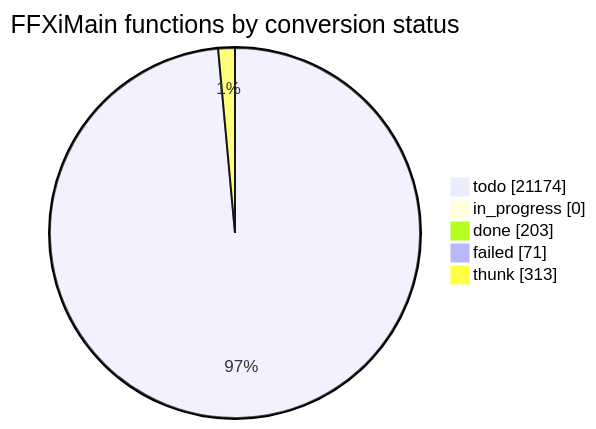
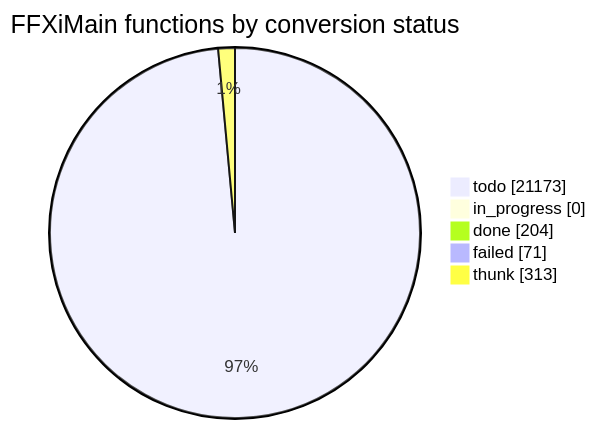
Before and after one commit to cowrevenge/cow_kuluu_xi_anything: the diagram in docs/cow/STATUS.md, drawn with Mermaid. The commit also changed other lines of this file and 9 other files, not shown here.

````diff
--- a/docs/cow/STATUS.md
+++ b/docs/cow/STATUS.md
@@ -18,9 +18,9 @@
 ```mermaid
 pie showData
     title FFXiMain functions by conversion status
-    "todo" : 21174
+    "todo" : 21173
     "in_progress" : 0
-    "done" : 203
+    "done" : 204
     "failed" : 71
     "thunk" : 313
 ```
````
